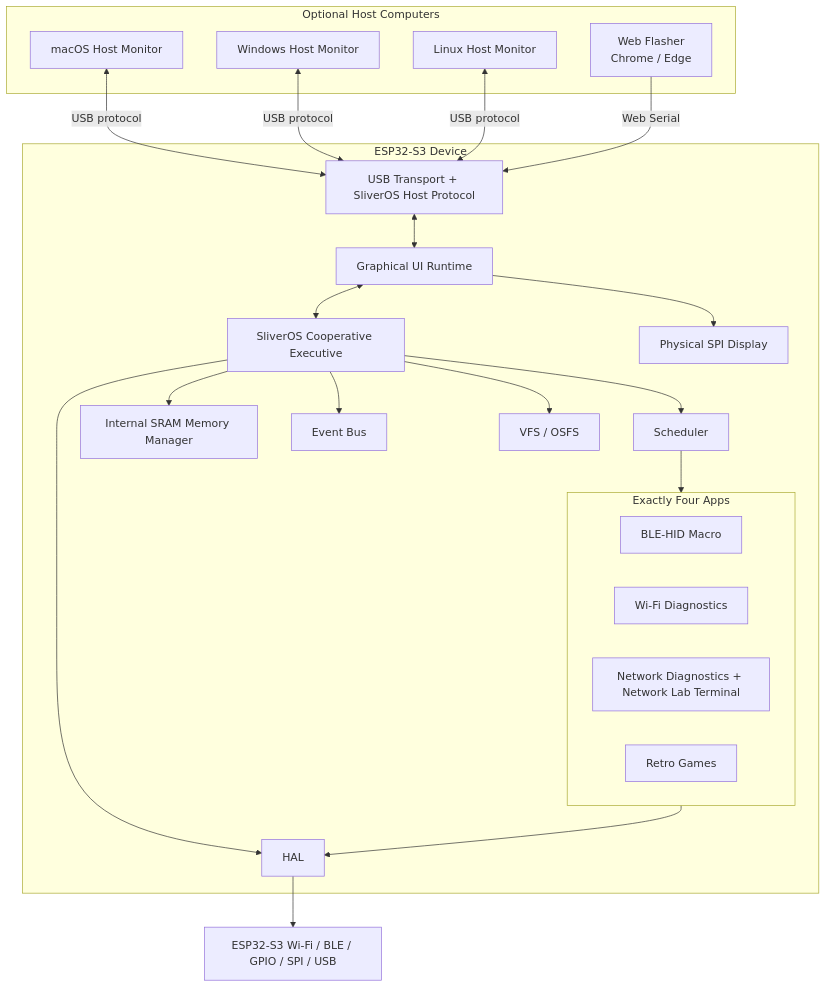
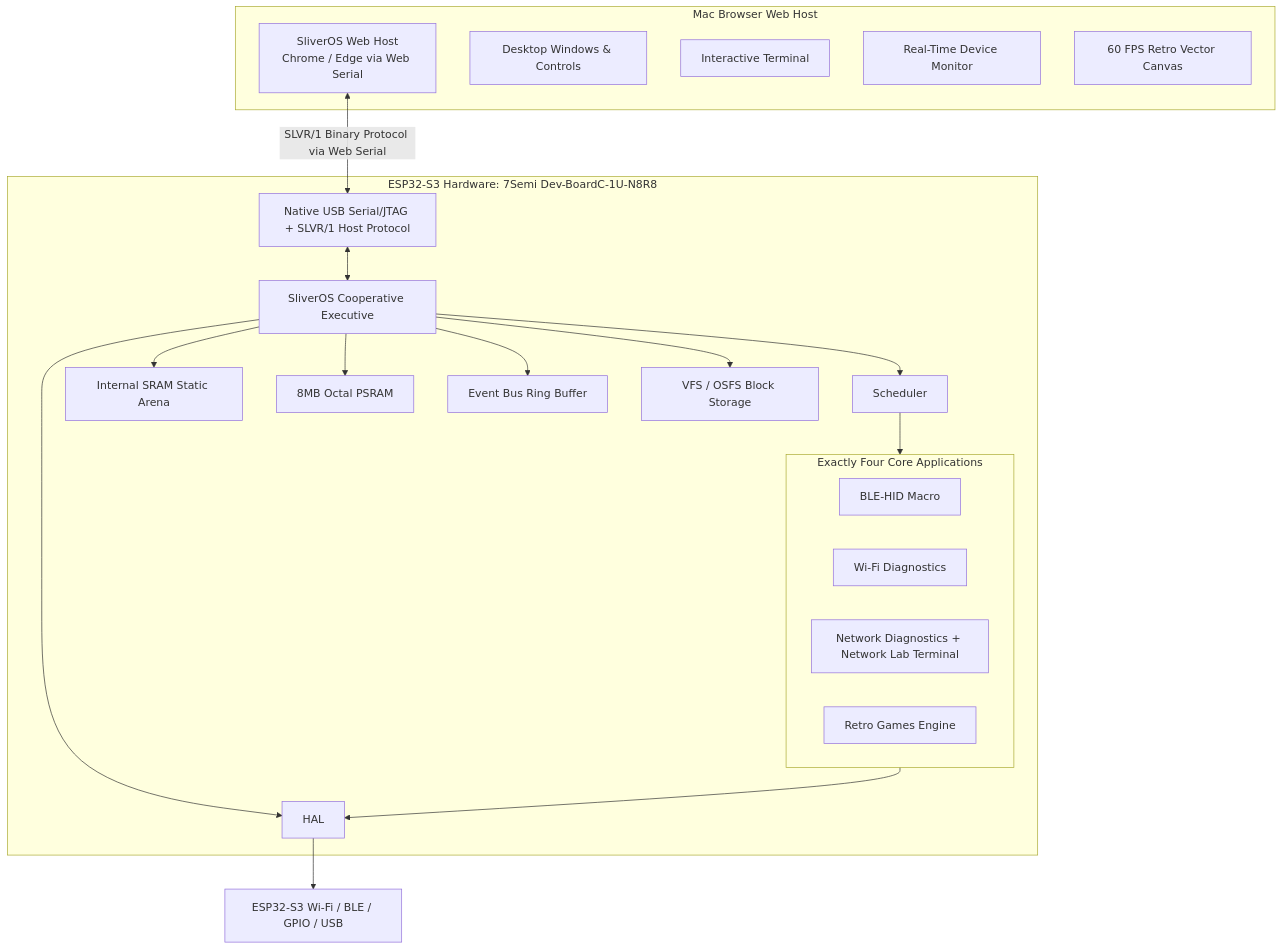
One commit to bishwajit5788/SliverOS changed the first of 2 diagrams in docs/SYSTEM_DESIGN.md. Above: the diagram before and after it, drawn with Mermaid. The commit also changed other lines of this file, not shown here.

Commit message:
docs: align SYSTEM_DESIGN.md with zero-physical-display Mac Web Host architecture

````diff
--- a/docs/SYSTEM_DESIGN.md
+++ b/docs/SYSTEM_DESIGN.md
@@ -7,45 +7,41 @@
 ```mermaid
 flowchart TB
-    subgraph HOST[Optional Host Computers]
-        MAC[macOS Host Monitor]
-        WIN[Windows Host Monitor]
-        LIN[Linux Host Monitor]
-        WEB[Web Flasher<br/>Chrome / Edge]
+    subgraph HOST[Mac Browser Web Host]
+        WEB[SliverOS Web Host<br/>Chrome / Edge via Web Serial]
+        DESK[Desktop Windows & Controls]
+        TERM[Interactive Terminal]
+        MON[Real-Time Device Monitor]
+        CANV[60 FPS Retro Vector Canvas]
     end
 
-    subgraph ESP[ESP32-S3 Device]
-        USB[USB Transport + SliverOS Host Protocol]
-        UI[Graphical UI Runtime]
+    subgraph ESP[ESP32-S3 Hardware: 7Semi Dev-BoardC-1U-N8R8]
+        USB[Native USB Serial/JTAG + SLVR/1 Host Protocol]
         K[SliverOS Cooperative Executive]
         S[Scheduler]
-        M[Internal SRAM Memory Manager]
-        E[Event Bus]
-        V[VFS / OSFS]
+        M[Internal SRAM Static Arena]
+        P[8MB Octal PSRAM]
+        E[Event Bus Ring Buffer]
+        V[VFS / OSFS Block Storage]
         H[HAL]
-        D[Physical SPI Display]
 
-        subgraph FOUR[Exactly Four Apps]
+        subgraph FOUR[Exactly Four Core Applications]
             B[BLE-HID Macro]
             W[Wi-Fi Diagnostics]
             N[Network Diagnostics + Network Lab Terminal]
-            R[Retro Games]
+            R[Retro Games Engine]
         end
     end
 
-    MAC <-->|USB protocol| USB
-    WIN <-->|USB protocol| USB
-    LIN <-->|USB protocol| USB
-    WEB -->|Web Serial| USB
+    WEB <-->|SLVR/1 Binary Protocol via Web Serial| USB
 
-    USB <--> UI
-    UI <--> K
+    USB <--> K
     K --> S
     K --> M
+    K --> P
     K --> E
     K --> V
     K --> H
     S --> FOUR
     FOUR --> H
-    UI --> D
-    H --> ESPHW[ESP32-S3 Wi-Fi / BLE / GPIO / SPI / USB]
+    H --> ESPHW[ESP32-S3 Wi-Fi / BLE / GPIO / USB]
 ```
````
